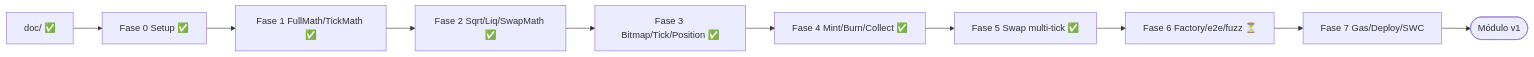
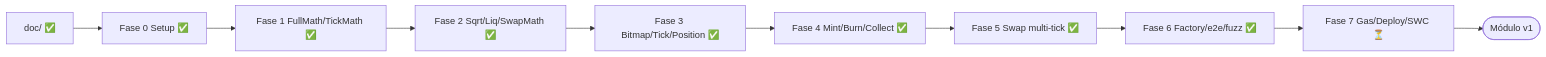
The ninth of 9 diagrams in doc/flujograma.md (rastrahm/amm-v3-concentrated-liquidity), drawn with Mermaid before and after one commit. The commit also changed other lines of this file and 11 other files, not shown here.

Commit message:
Factory + e2e / out-of-range / fuzz

````diff
--- a/doc/flujograma.md
+++ b/doc/flujograma.md
@@ -167,12 +167,12 @@
 ```mermaid
 flowchart LR
     Doc[doc/ ✅] --> F0[Fase 0 Setup ✅]
     F0 --> F1[Fase 1 FullMath/TickMath ✅]
     F1 --> F2[Fase 2 Sqrt/Liq/SwapMath ✅]
     F2 --> F3[Fase 3 Bitmap/Tick/Position ✅]
     F3 --> F4[Fase 4 Mint/Burn/Collect ✅]
     F4 --> F5[Fase 5 Swap multi-tick ✅]
-    F5 --> F6[Fase 6 Factory/e2e/fuzz ⏳]
-    F6 --> F7[Fase 7 Gas/Deploy/SWC]
+    F5 --> F6[Fase 6 Factory/e2e/fuzz ✅]
+    F6 --> F7[Fase 7 Gas/Deploy/SWC ⏳]
     F7 --> Done([Módulo v1])
 ```
````
